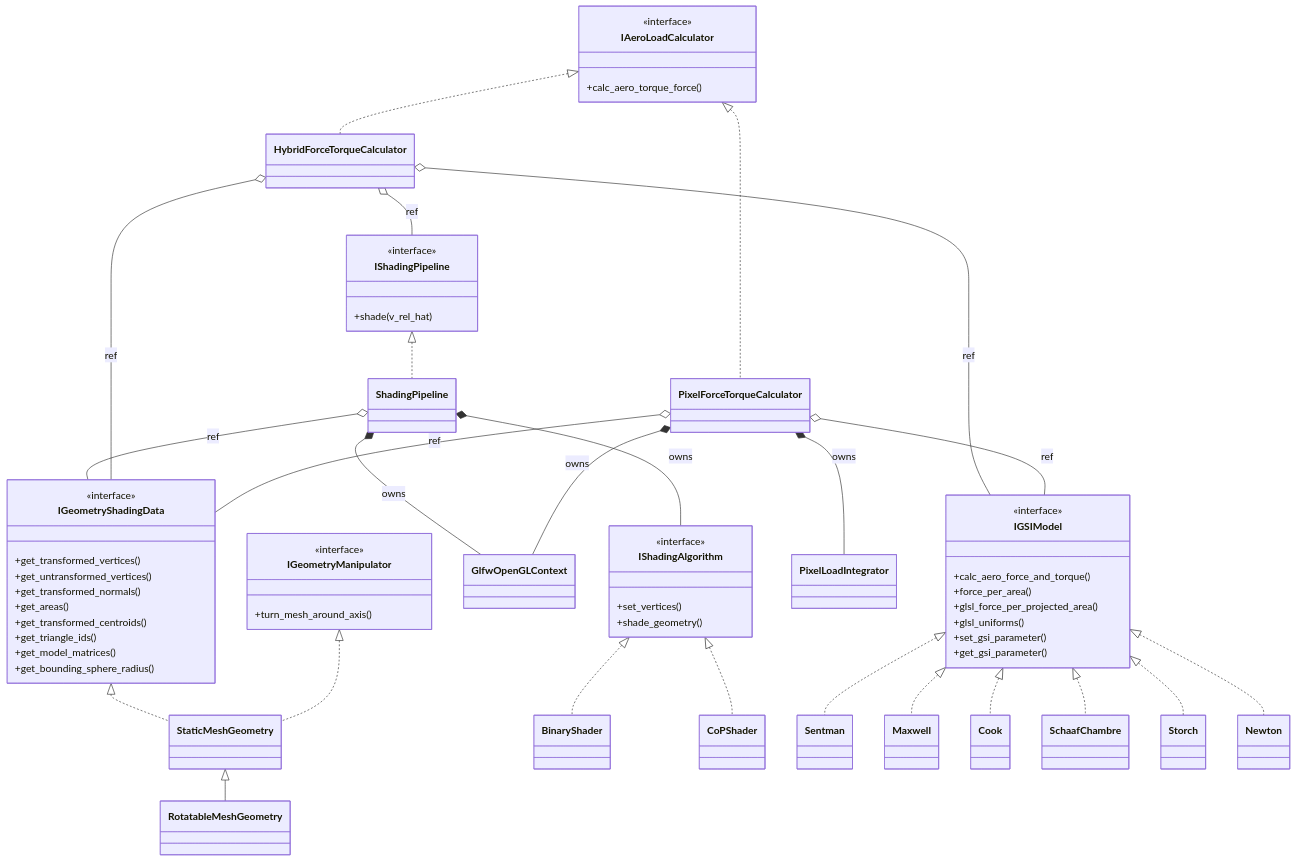
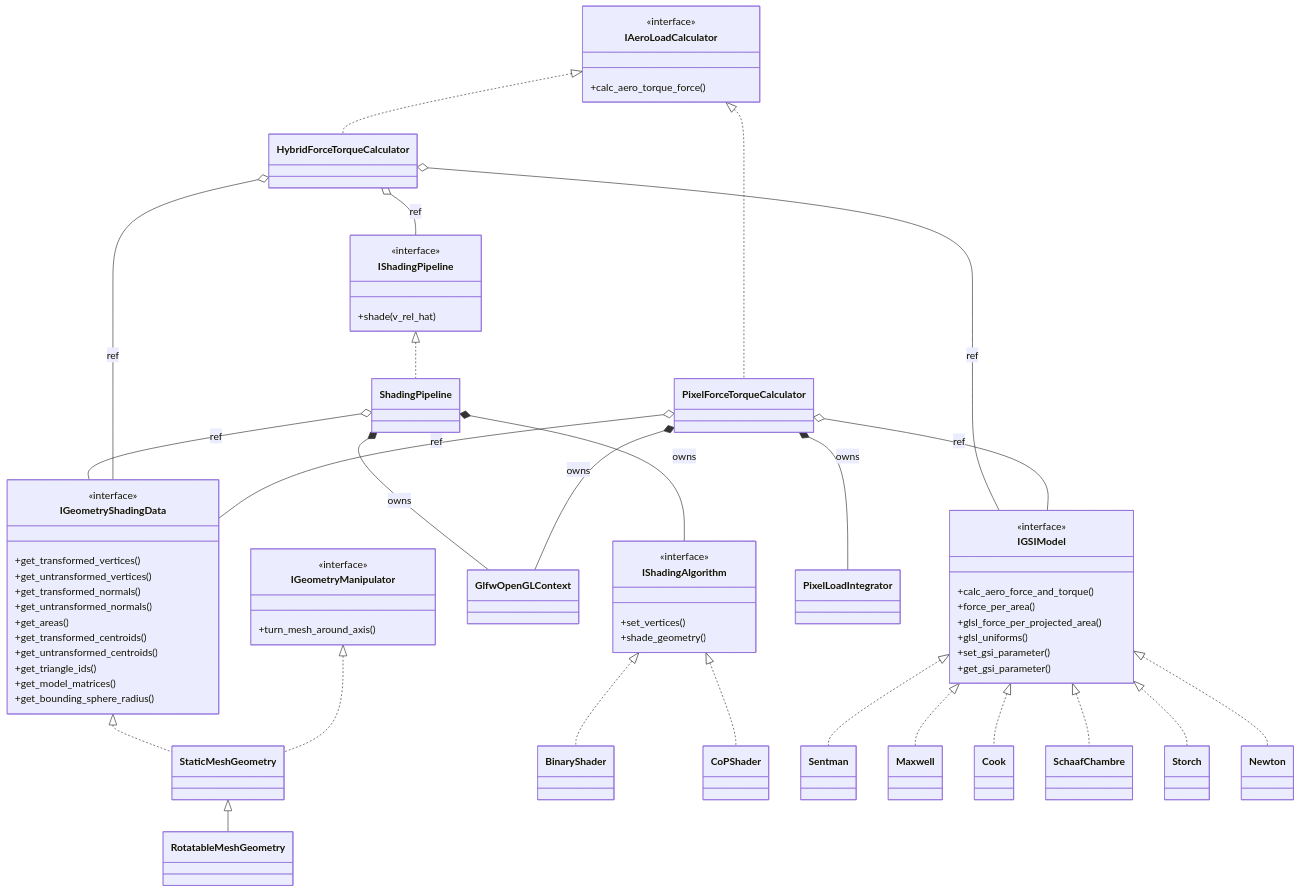
The diagram in docs/architecture.md (ifrunistuttgart/vleo-aerodynamics-tool), drawn with Mermaid before and after one commit. The commit also changed other lines of this file and 4 other files, not shown here.

First line of the commit message:
docs: align README, examples and architecture with the merged pixel calculator

```diff
--- a/docs/architecture.md
+++ b/docs/architecture.md
@@ -16,8 +16,10 @@
         +get_transformed_vertices()
         +get_untransformed_vertices()
         +get_transformed_normals()
+        +get_untransformed_normals()
         +get_areas()
         +get_transformed_centroids()
+        +get_untransformed_centroids()
         +get_triangle_ids()
         +get_model_matrices()
         +get_bounding_sphere_radius()
```
